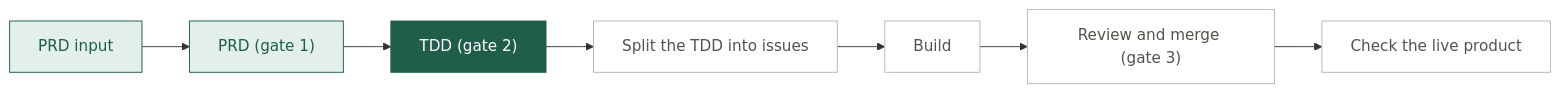
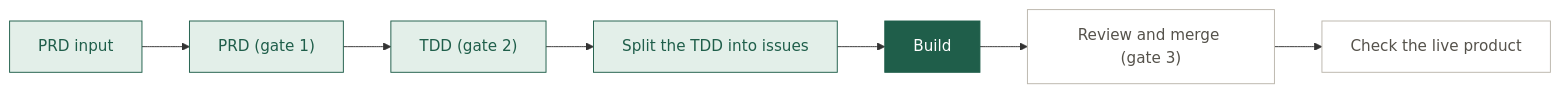
Before and after one commit to hornof/sketch-gallery: the diagram in docs/MAP.md, drawn with Mermaid. The commit also changed other lines of this file and 2 other files, not shown here.

Commit message:
TDD approved: mark it, HISTORY entry, map moves to the build (#8)

````diff
--- a/docs/MAP.md
+++ b/docs/MAP.md
@@ -9,7 +9,7 @@
 ```mermaid
 flowchart LR
-  s1["PRD input"]:::done --> s2["PRD (gate 1)"]:::done --> s3["TDD (gate 2)"]:::now --> s4["Split the TDD into issues"]:::next --> s5["Build"]:::next --> s6["Review and merge (gate 3)"]:::next --> s7["Check the live product"]:::next
+  s1["PRD input"]:::done --> s2["PRD (gate 1)"]:::done --> s3["TDD (gate 2)"]:::done --> s4["Split the TDD into issues"]:::done --> s5["Build"]:::now --> s6["Review and merge (gate 3)"]:::next --> s7["Check the live product"]:::next
   classDef done fill:#E3EFE9,stroke:#1F5E4A,color:#1F5E4A
   classDef now fill:#1F5E4A,stroke:#1F5E4A,color:#FFFFFF
   classDef next fill:#FFFFFF,stroke:#BBB6AC,color:#55524B
 ```
````
